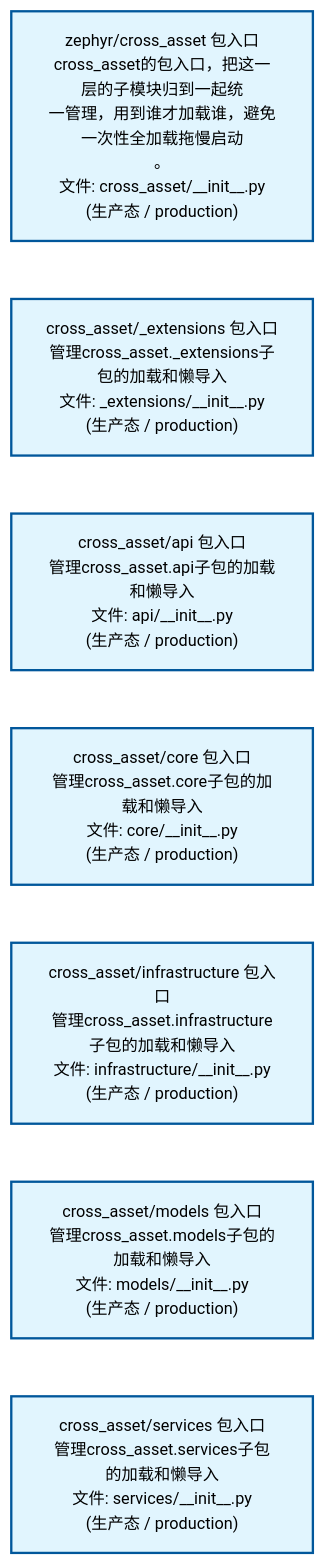
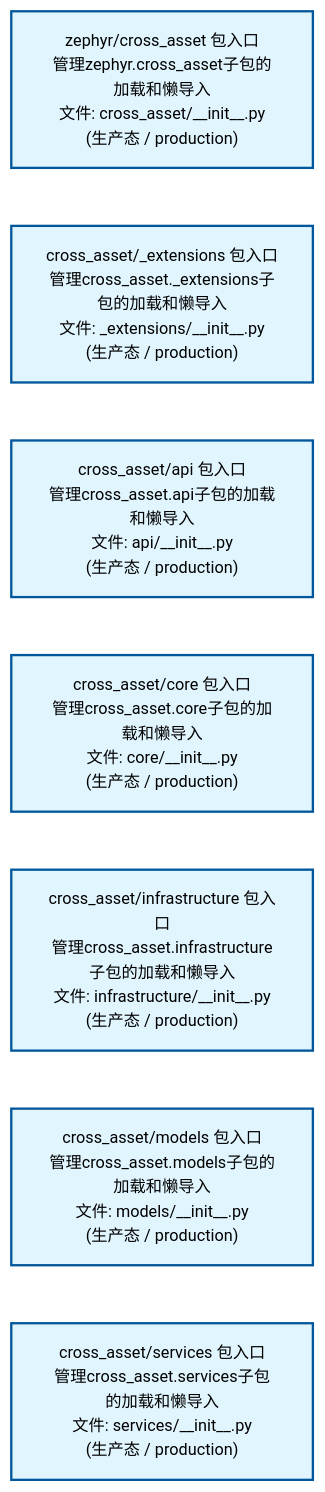
Before and after one commit to xuanFelixVan/ZephyrAlpha: the second of 2 diagrams in docs/02_enterprise_architecture/02_domain_architecture_docs/40_d_cross_asset.md, drawn with Mermaid. The commit also changed other lines of this file and 58 other files, not shown here.

````diff
--- a/docs/02_enterprise_architecture/02_domain_architecture_docs/40_d_cross_asset.md
+++ b/docs/02_enterprise_architecture/02_domain_architecture_docs/40_d_cross_asset.md
@@ -80,22 +80,22 @@
 ```mermaid
 %%{init: {'theme': 'base', 'themeVariables': {'primaryColor': '#eaeaea', 'primaryTextColor': '#333333', 'primaryBorderColor': '#666666', 'lineColor': '#666666', 'secondaryColor': '#eaeaea', 'tertiaryColor': '#eaeaea', 'fontSize': '14px'}}}%%
 flowchart TD
-    src_zephyr_cross_asset_init_py["zephyr/cross_asset 包入口<br/>cross_asset的包入口，把这一层的子模块归到一起统<br/>一管理，用到谁才加载谁，避免一次性全加载拖慢启动<br/>。<br/>文件: cross_asset/__init__.py<br/>(生产态 / production)"]
+    src_zephyr_cross_asset_init_py["zephyr/cross_asset 包入口<br/>管理zephyr.cross_asset子包的加载和懒导入<br/>文件: cross_asset/__init__.py<br/>(生产态 / production)"]
     src_zephyr_cross_asset_extensions_init_py["cross_asset/_extensions 包入口<br/>管理cross_asset._extensions子包的加载和懒导入<br/>文件: _extensions/__init__.py<br/>(生产态 / production)"]
     src_zephyr_cross_asset_api_init_py["cross_asset/api 包入口<br/>管理cross_asset.api子包的加载和懒导入<br/>文件: api/__init__.py<br/>(生产态 / production)"]
     src_zephyr_cross_asset_core_init_py["cross_asset/core 包入口<br/>管理cross_asset.core子包的加载和懒导入<br/>文件: core/__init__.py<br/>(生产态 / production)"]
     src_zephyr_cross_asset_infrastructure_init_py["cross_asset/infrastructure 包入口<br/>管理cross_asset.infrastructure子包的加载和懒导入<br/>文件: infrastructure/__init__.py<br/>(生产态 / production)"]
     src_zephyr_cross_asset_models_init_py["cross_asset/models 包入口<br/>管理cross_asset.models子包的加载和懒导入<br/>文件: models/__init__.py<br/>(生产态 / production)"]
     src_zephyr_cross_asset_services_init_py["cross_asset/services 包入口<br/>管理cross_asset.services子包的加载和懒导入<br/>文件: services/__init__.py<br/>(生产态 / production)"]
     src_zephyr_cross_asset_init_py ~~~ src_zephyr_cross_asset_extensions_init_py
     src_zephyr_cross_asset_extensions_init_py ~~~ src_zephyr_cross_asset_api_init_py
     src_zephyr_cross_asset_api_init_py ~~~ src_zephyr_cross_asset_core_init_py
     src_zephyr_cross_asset_core_init_py ~~~ src_zephyr_cross_asset_infrastructure_init_py
     src_zephyr_cross_asset_infrastructure_init_py ~~~ src_zephyr_cross_asset_models_init_py
     src_zephyr_cross_asset_models_init_py ~~~ src_zephyr_cross_asset_services_init_py
     classDef production fill:#e1f5fe,stroke:#01579b,stroke-width:2px,color:#000
     classDef design fill:#fff3e0,stroke:#e65100,stroke-width:2px,color:#000,stroke-dasharray: 5 5
     classDef external_prod fill:#e8f4fd,stroke:#0277bd,stroke-width:1px,color:#000
     classDef external_design fill:#fff8e7,stroke:#ef6c00,stroke-width:1px,color:#000,stroke-dasharray: 5 5
     class src_zephyr_cross_asset_init_py,src_zephyr_cross_asset_extensions_init_py,src_zephyr_cross_asset_api_init_py,src_zephyr_cross_asset_core_init_py,src_zephyr_cross_asset_infrastructure_init_py,src_zephyr_cross_asset_models_init_py,src_zephyr_cross_asset_services_init_py production
 ```
````
